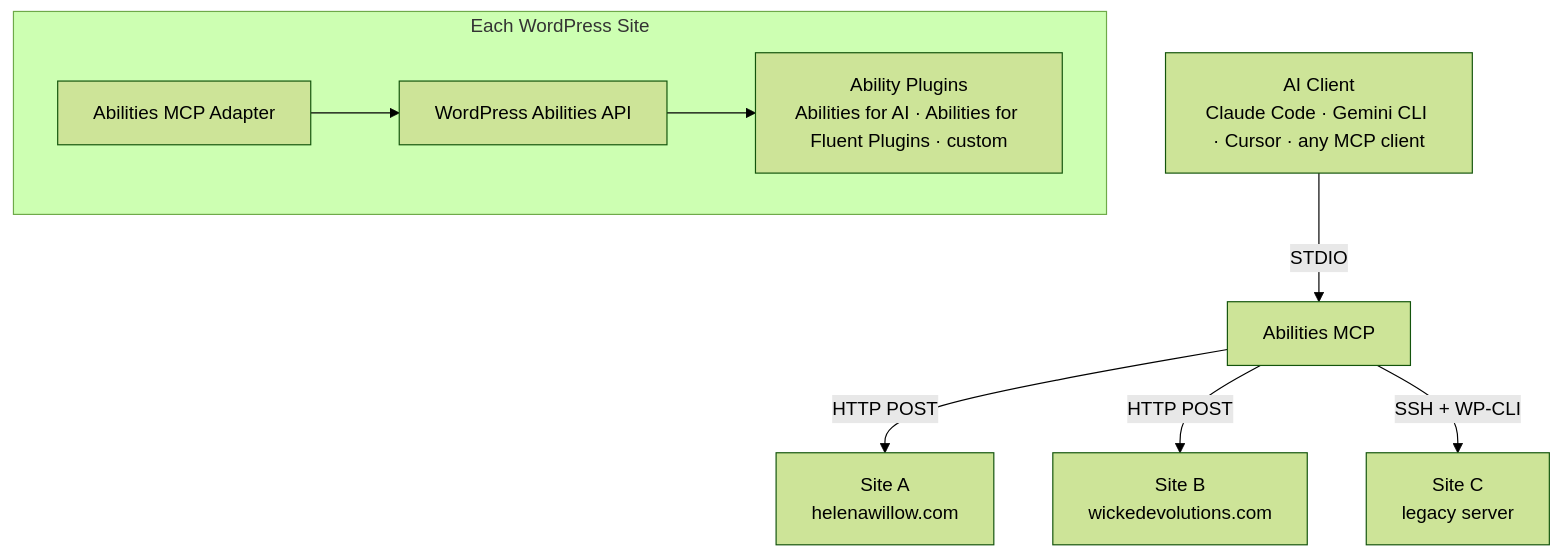
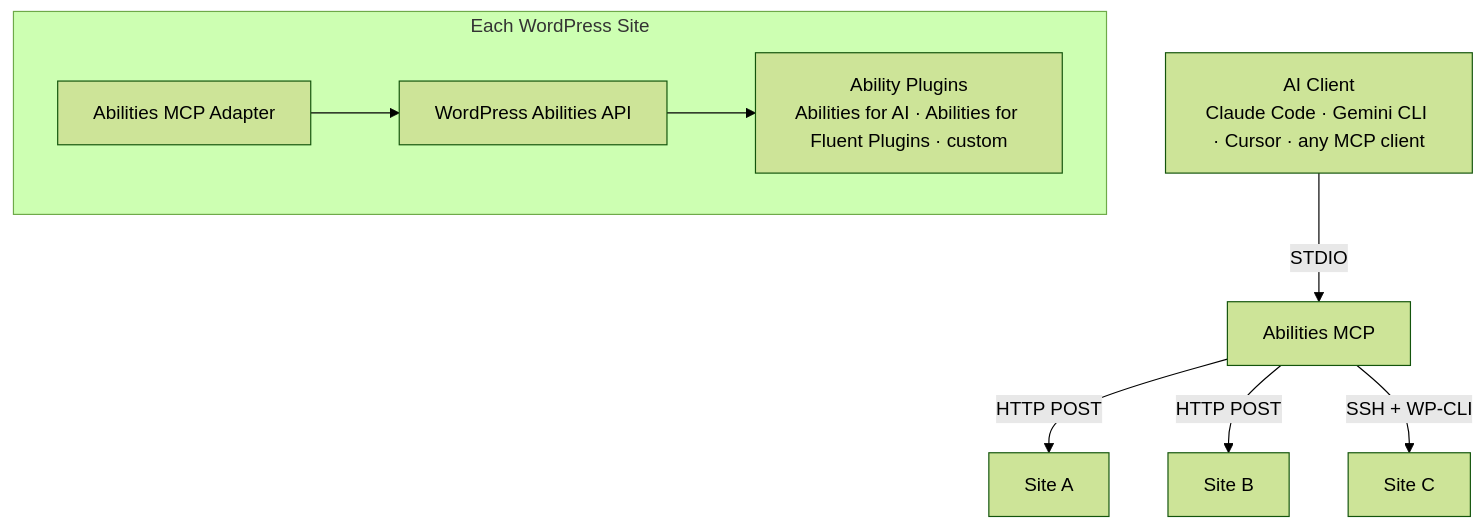
One commit to Wicked-Evolutions/abilities-mcp changed the diagram in docs/architecture.md. Above: the diagram before and after it, drawn with Mermaid (forest theme).

Commit message:
docs: remove site-specific URLs from architecture diagram

````diff
--- a/docs/architecture.md
+++ b/docs/architecture.md
@@ -9,12 +9,12 @@
 ```mermaid
 graph TD
     Client[AI Client<br/>Claude Code · Gemini CLI · Cursor · any MCP client] -->|STDIO| Bridge[Abilities MCP]
-    Bridge -->|HTTP POST| SiteA[Site A<br/>helenawillow.com]
-    Bridge -->|HTTP POST| SiteB[Site B<br/>wickedevolutions.com]
-    Bridge -->|SSH + WP-CLI| SiteC[Site C<br/>legacy server]
+    Bridge -->|HTTP POST| SiteA[Site A]
+    Bridge -->|HTTP POST| SiteB[Site B]
+    Bridge -->|SSH + WP-CLI| SiteC[Site C]
 
     subgraph "Each WordPress Site"
         Adapter[Abilities MCP Adapter] --> AbilitiesAPI[WordPress Abilities API]
         AbilitiesAPI --> Plugins[Ability Plugins<br/>Abilities for AI · Abilities for Fluent Plugins · custom]
     end
 ```
````
